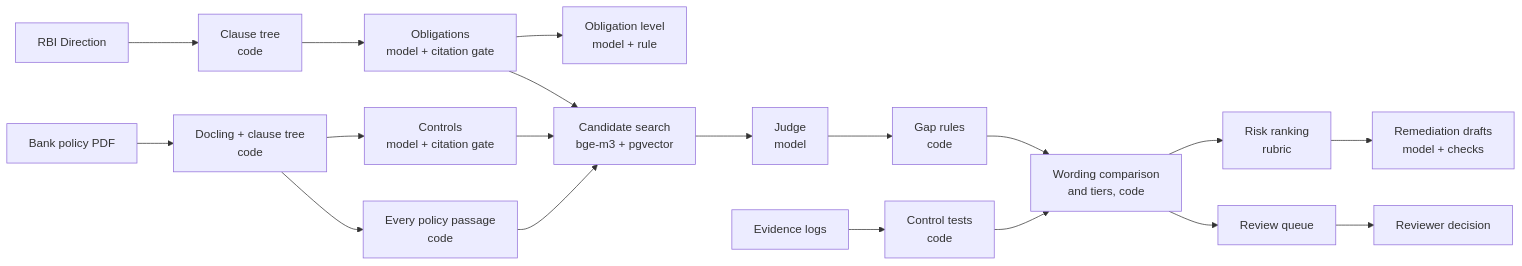
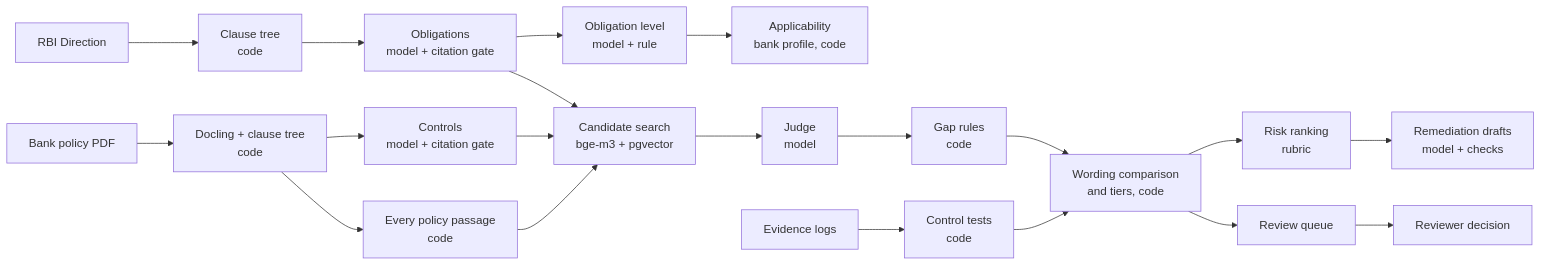
Before and after one commit to ashashkaWestfeild/regcompliance-agent: the first of 2 diagrams in docs/ARCHITECTURE.md, drawn with Mermaid. The commit also changed other lines of this file and 2 other files, not shown here.

First line of the commit message:
Applicability: documents say what runs; blind label sheet generator

````diff
--- a/docs/ARCHITECTURE.md
+++ b/docs/ARCHITECTURE.md
@@ -26,17 +27,18 @@
 ```mermaid
 flowchart LR
   R[RBI Direction] --> P1[Clause tree<br/>code]
   B[Bank policy PDF] --> P2[Docling + clause tree<br/>code]
   P1 --> E1[Obligations<br/>model + citation gate]
   P2 --> E2[Controls<br/>model + citation gate]
   P2 --> PS[Every policy passage<br/>code]
   E1 --> L[Obligation level<br/>model + rule]
+  L --> AP[Applicability<br/>bank profile, code]
   E2 --> RT[Candidate search<br/>bge-m3 + pgvector]
   PS --> RT
   E1 --> RT
   RT --> J[Judge<br/>model] --> G[Gap rules<br/>code]
   G --> V[Wording comparison<br/>and tiers, code]
   EV[Evidence logs] --> T[Control tests<br/>code] --> V
   V --> K[Risk ranking<br/>rubric] --> M[Remediation drafts<br/>model + checks]
   V --> Q[Review queue] --> H[Reviewer decision]
 ```
````
